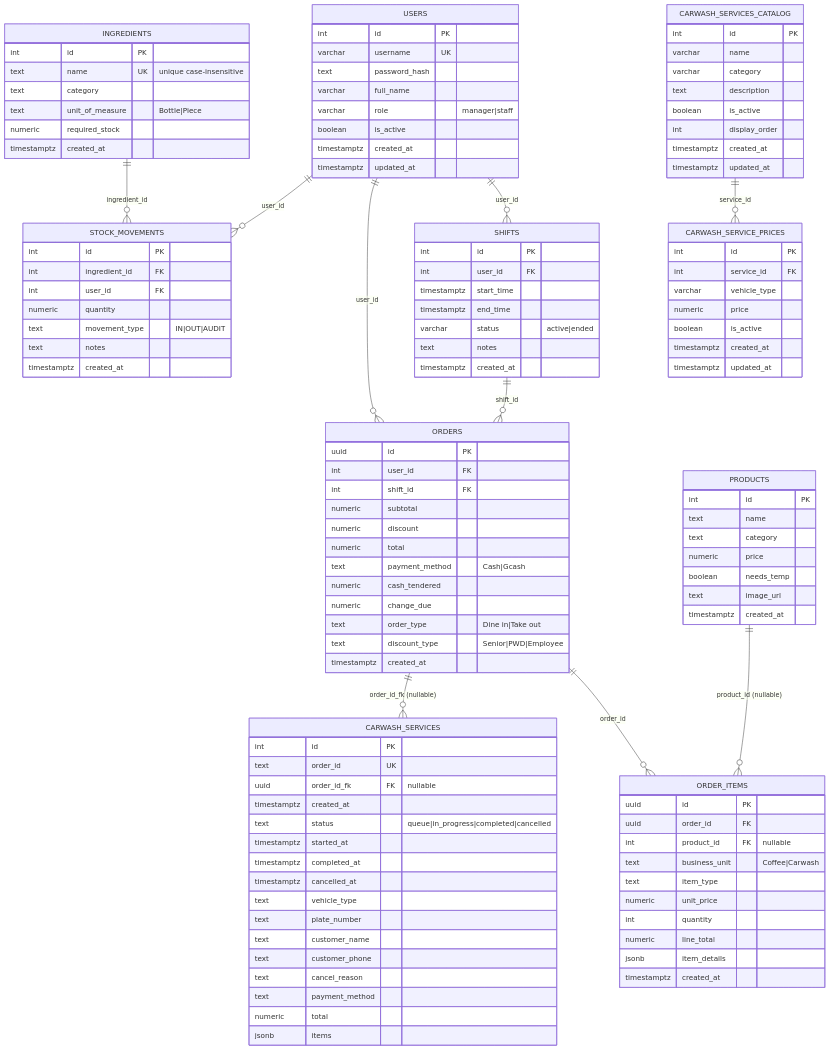
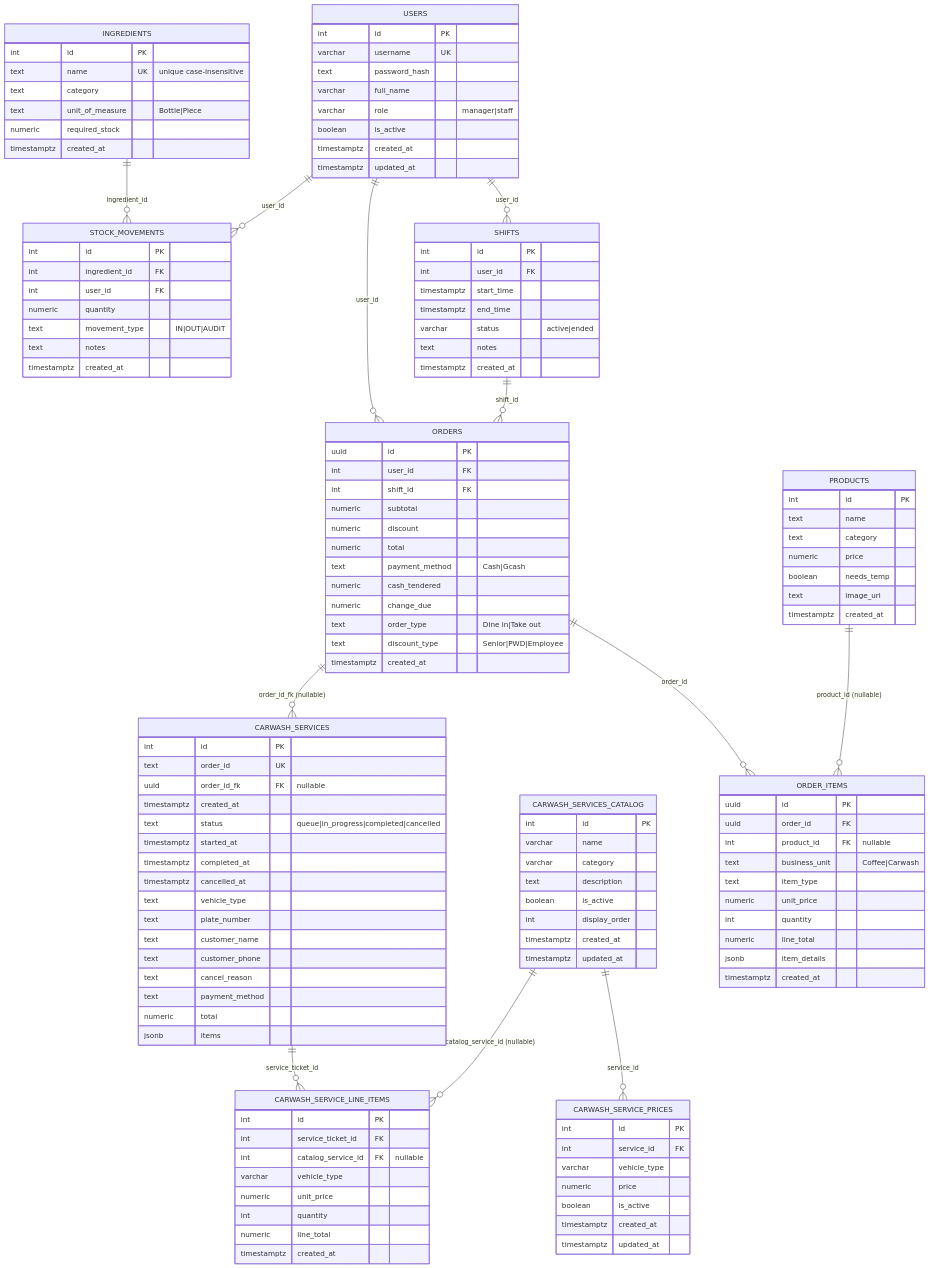
The diagram in ERD.md (kittyryl/onefaith-backend), drawn with Mermaid before and after one commit. The commit also changed other lines of this file and 7 other files, not shown here.

Commit message:
Add carwash_service_line_items table to link catalog items to sales for analytics

```diff
--- a/ERD.md
+++ b/ERD.md
@@ -8,13 +8,15 @@
   USERS ||--o{ ORDERS : "user_id"
   USERS ||--o{ STOCK_MOVEMENTS : "user_id"
   SHIFTS ||--o{ ORDERS : "shift_id"
-  
+
   ORDERS ||--o{ ORDER_ITEMS : "order_id"
   PRODUCTS ||--o{ ORDER_ITEMS : "product_id (nullable)"
-  
+
   INGREDIENTS ||--o{ STOCK_MOVEMENTS : "ingredient_id"
-  
+
   CARWASH_SERVICES_CATALOG ||--o{ CARWASH_SERVICE_PRICES : "service_id"
+  CARWASH_SERVICES_CATALOG ||--o{ CARWASH_SERVICE_LINE_ITEMS : "catalog_service_id (nullable)"
+  CARWASH_SERVICES ||--o{ CARWASH_SERVICE_LINE_ITEMS : "service_ticket_id"
   ORDERS ||--o{ CARWASH_SERVICES : "order_id_fk (nullable)"
 
   CARWASH_SERVICES {
@@ -34,6 +36,17 @@
     text payment_method
     numeric total
     jsonb items
+  }
+
+  CARWASH_SERVICE_LINE_ITEMS {
+    int id PK
+    int service_ticket_id FK
+    int catalog_service_id FK "nullable"
+    varchar vehicle_type
+    numeric unit_price
+    int quantity
+    numeric line_total
+    timestamptz created_at
   }
 
   CARWASH_SERVICES_CATALOG {
```
